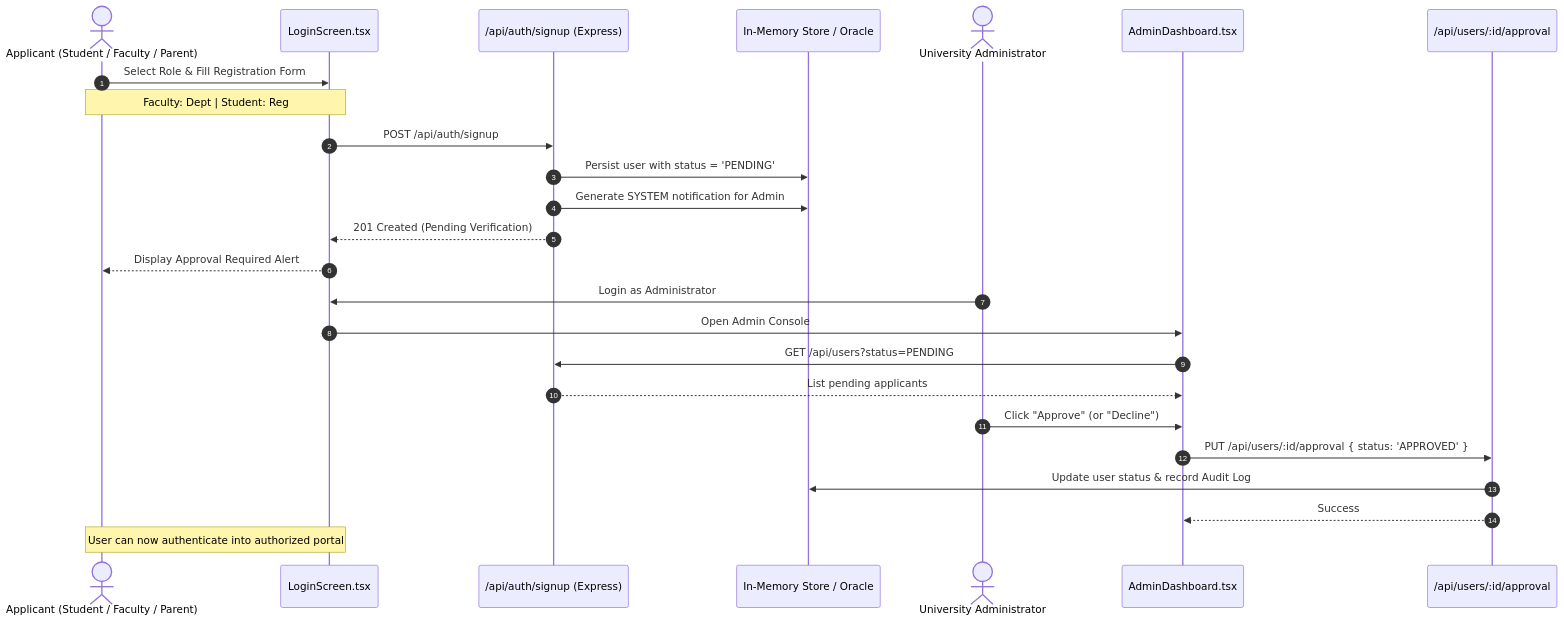
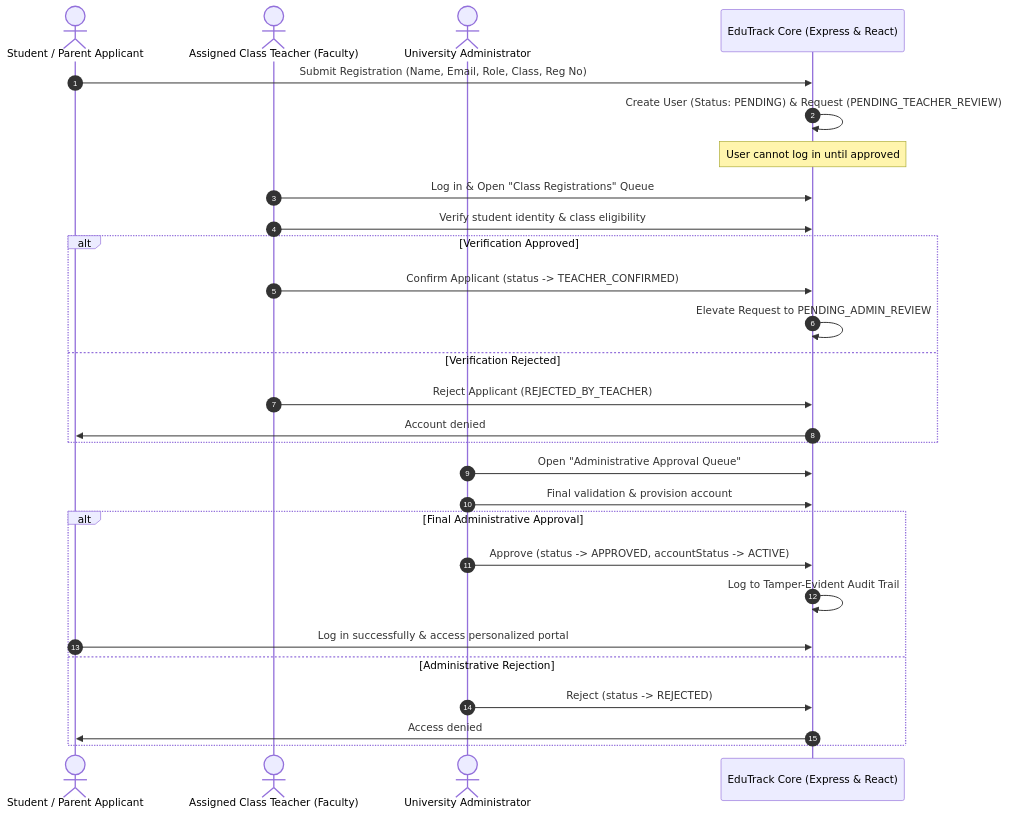
One commit to Techmasternikhil/Edutrack changed the second of 5 diagrams in EduTrack_LMS_Project_Report.md. Above: the diagram before and after it, drawn with Mermaid. The commit also changed other lines of this file and 13 other files, not shown here.

````diff
--- a/EduTrack_LMS_Project_Report.md
+++ b/EduTrack_LMS_Project_Report.md
@@ -114,29 +142,33 @@
 ```mermaid
 sequenceDiagram
     autonumber
-    actor User as Applicant (Student / Faculty / Parent)
-    participant UI as LoginScreen.tsx
-    participant API as /api/auth/signup (Express)
-    participant Store as In-Memory Store / Oracle
+    actor Applicant as Student / Parent Applicant
+    actor Teacher as Assigned Class Teacher (Faculty)
     actor Admin as University Administrator
-    participant AdminUI as AdminDashboard.tsx
-    participant ApprAPI as /api/users/:id/approval
+    participant System as EduTrack Core (Express & React)
 
-    User->>UI: Select Role & Fill Registration Form
-    Note over User,UI: Faculty: Dept | Student: Reg# | Parent: Linked Student
-    UI->>API: POST /api/auth/signup
-    API->>Store: Persist user with status = 'PENDING'
-    API->>Store: Generate SYSTEM notification for Admin
-    API-->>UI: 201 Created (Pending Verification)
-    UI-->>User: Display Approval Required Alert
+    Applicant->>System: Submit Registration (Name, Email, Role, Class, Reg No)
+    System->>System: Create User (Status: PENDING) & Request (PENDING_TEACHER_REVIEW)
+    Note over System: User cannot log in until approved
 
-    Admin->>UI: Login as Administrator
-    UI->>AdminUI: Open Admin Console
-    AdminUI->>API: GET /api/users?status=PENDING
-    API-->>AdminUI: List pending applicants
-    Admin->>AdminUI: Click "Approve" (or "Decline")
-    AdminUI->>ApprAPI: PUT /api/users/:id/approval { status: 'APPROVED' }
-    ApprAPI->>Store: Update user status & record Audit Log
-    ApprAPI-->>AdminUI: Success
-    Note over User,UI: User can now authenticate into authorized portal
+    Teacher->>System: Log in & Open "Class Registrations" Queue
+    Teacher->>System: Verify student identity & class eligibility
+    alt Verification Approved
+        Teacher->>System: Confirm Applicant (status -> TEACHER_CONFIRMED)
+        System->>System: Elevate Request to PENDING_ADMIN_REVIEW
+    else Verification Rejected
+        Teacher->>System: Reject Applicant (REJECTED_BY_TEACHER)
+        System->>Applicant: Account denied
+    end
+
+    Admin->>System: Open "Administrative Approval Queue"
+    Admin->>System: Final validation & provision account
+    alt Final Administrative Approval
+        Admin->>System: Approve (status -> APPROVED, accountStatus -> ACTIVE)
+        System->>System: Log to Tamper-Evident Audit Trail
+        Applicant->>System: Log in successfully & access personalized portal
+    else Administrative Rejection
+        Admin->>System: Reject (status -> REJECTED)
+        System->>Applicant: Access denied
+    end
 ```
````
